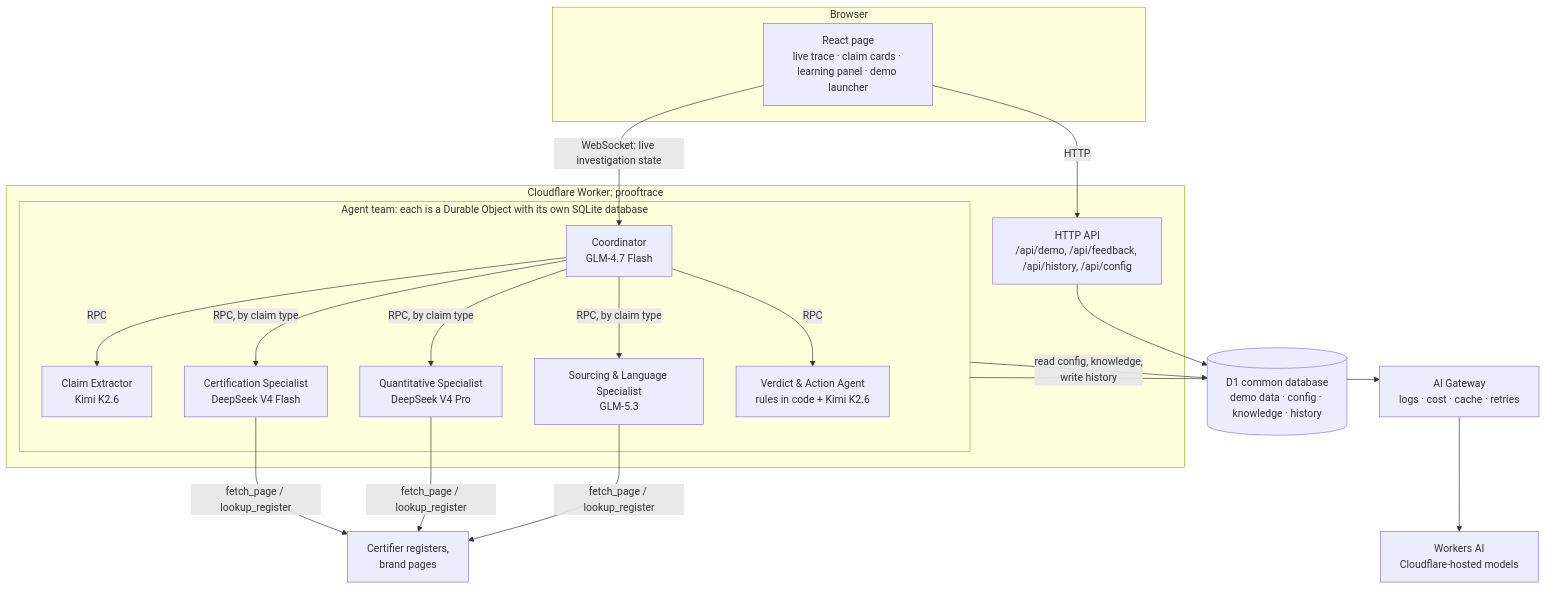
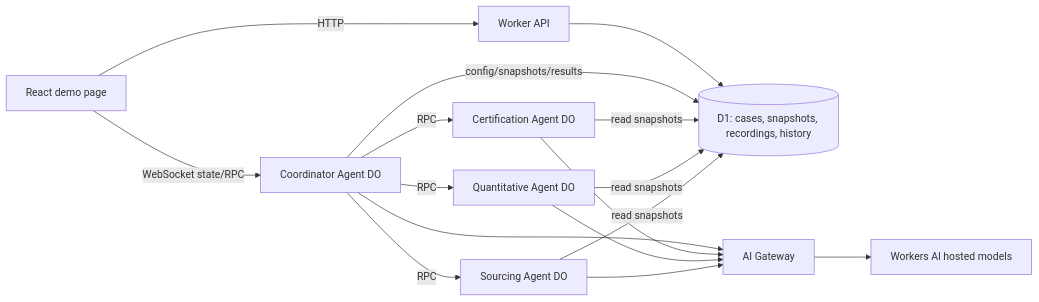
Before and after one commit to aonishchenko/prooftrace: the diagram in docs/ARCHITECTURE.md, drawn with Mermaid. The commit also changed other lines of this file and 1 other file, not shown here.

Commit message:
Align hackathon MVP plan and architecture with two-hour scope

````diff
--- a/docs/ARCHITECTURE.md
+++ b/docs/ARCHITECTURE.md
@@ -13,33 +13,12 @@
 ```mermaid
-flowchart TB
-  subgraph Browser
-    UI["React page<br/>live trace · claim cards · learning panel · demo launcher"]
-  end
-
-  subgraph Worker["Cloudflare Worker: prooftrace"]
-    API["HTTP API<br/>/api/demo, /api/feedback, /api/history, /api/config"]
-    subgraph Agents["Agent team: each is a Durable Object with its own SQLite database"]
-      CO["Coordinator<br/>GLM-4.7 Flash"]
-      EX["Claim Extractor<br/>Kimi K2.6"]
-      CS["Certification Specialist<br/>DeepSeek V4 Flash"]
-      QS["Quantitative Specialist<br/>DeepSeek V4 Pro"]
-      SS["Sourcing & Language Specialist<br/>GLM-5.3"]
-      VA["Verdict & Action Agent<br/>rules in code + Kimi K2.6"]
-    end
-  end
-
-  D1[("D1 common database<br/>demo data · config · knowledge · history")]
-  GW["AI Gateway<br/>logs · cost · cache · retries"]
-  WAI["Workers AI<br/>Cloudflare-hosted models"]
-  WEB["Certifier registers,<br/>brand pages"]
-
-  UI -- "WebSocket: live investigation state" --> CO
-  UI -- HTTP --> API
-  API --> D1
-  CO -- RPC --> EX
-  CO -- "RPC, by claim type" --> CS & QS & SS
-  CO -- RPC --> VA
-  Agents -- "read config, knowledge,<br/>write history" --> D1
-  Agents --> GW --> WAI
-  CS & QS & SS -- "fetch_page / lookup_register" --> WEB
+flowchart LR
+  UI[React demo page] -- WebSocket state/RPC --> CO[Coordinator Agent DO]
+  UI -- HTTP --> API[Worker API]
+  API --> D1[(D1: cases, snapshots, recordings, history)]
+  CO -- RPC --> CE[Certification Agent DO]
+  CO -- RPC --> QU[Quantitative Agent DO]
+  CO -- RPC --> SO[Sourcing Agent DO]
+  CO -- config/snapshots/results --> D1
+  CE & QU & SO -- read snapshots --> D1
+  CO & CE & QU & SO --> GW[AI Gateway] --> AI[Workers AI hosted models]
 ```
````
